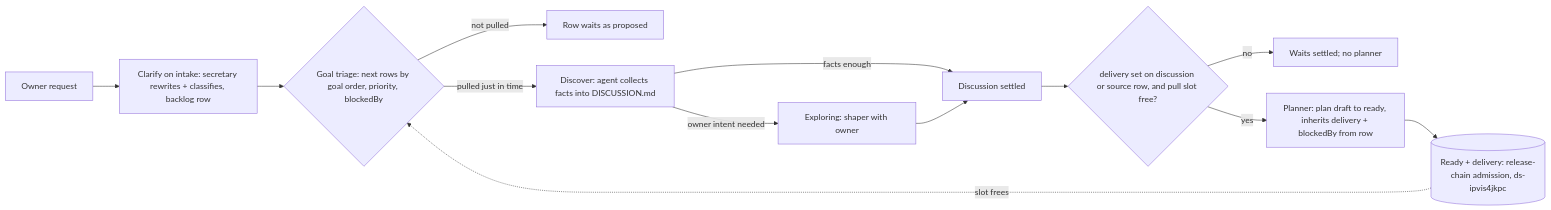
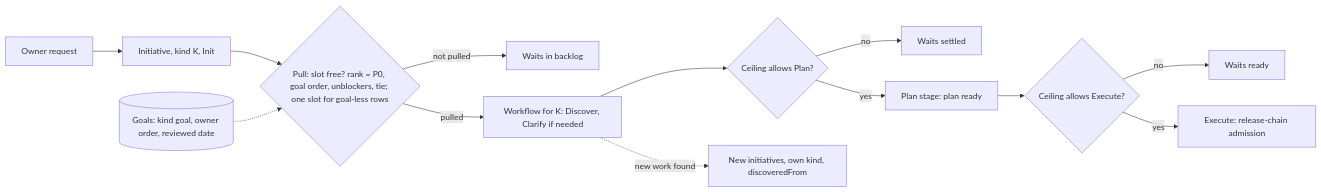
The diagram in plans/discussions/ds-3in4yb5thk-backlog-to-ready-pipeline/DISCUSSION.md (vantt/forgent), drawn with Mermaid before and after one commit. The commit also changed other lines of this file, not shown here.

Commit message:
discussion(backlog-to-ready-pipeline): settle ranking, goals and chaining (D1-D6)

````diff
--- a/plans/discussions/ds-3in4yb5thk-backlog-to-ready-pipeline/DISCUSSION.md
+++ b/plans/discussions/ds-3in4yb5thk-backlog-to-ready-pipeline/DISCUSSION.md
@@ -114,14 +119,15 @@
 ```mermaid
 flowchart LR
-  R[Owner request] --> C[Clarify on intake: secretary rewrites + classifies, backlog row]
-  C --> T{Goal triage: next rows by goal order, priority, blockedBy}
-  T -- not pulled --> W[Row waits as proposed]
-  T -- pulled just in time --> D[Discover: agent collects facts into DISCUSSION.md]
-  D -- facts enough --> S[Discussion settled]
-  D -- owner intent needed --> E[Exploring: shaper with owner] --> S
-  S --> G{delivery set on discussion or source row, and pull slot free?}
-  G -- no --> H[Waits settled; no planner]
-  G -- yes --> P[Planner: plan draft to ready, inherits delivery + blockedBy from row]
-  P --> Q[(Ready + delivery: release-chain admission, ds-ipvis4jkpc)]
-  Q -. slot frees .-> T
+  R[Owner request] --> I[Initiative, kind K, Init]
+  I --> PULL{Pull: slot free? rank = P0, goal order, unblockers, tie; one slot for goal-less rows}
+  PULL -- not pulled --> WAIT[Waits in backlog]
+  PULL -- pulled --> WF[Workflow for K: Discover, Clarify if needed]
+  WF --> C1{Ceiling allows Plan?}
+  C1 -- no --> H1[Waits settled]
+  C1 -- yes --> PL[Plan stage: plan ready]
+  PL --> C2{Ceiling allows Execute?}
+  C2 -- no --> H2[Waits ready]
+  C2 -- yes --> EX[Execute: release-chain admission]
+  WF -. new work found .-> NEW[New initiatives, own kind, discoveredFrom]
+  G[(Goals: kind goal, owner order, reviewed date)] -.-> PULL
 ```
````
